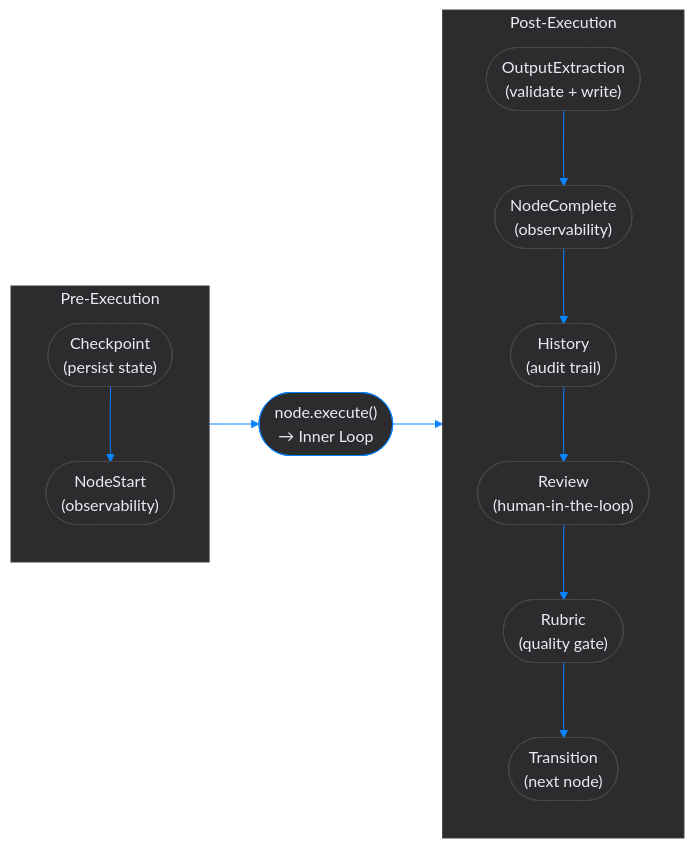
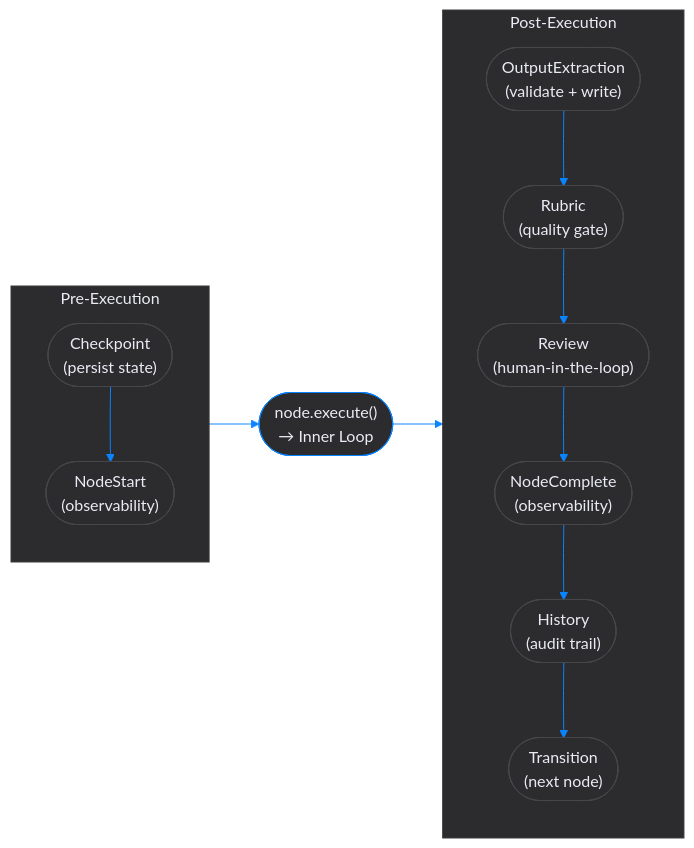
Before and after one commit to hensu-project/hensu: the fourth of 6 diagrams in docs/unified-architecture.md, drawn with Mermaid. The commit also changed other lines of this file and 117 other files, not shown here.

````diff
--- a/docs/unified-architecture.md
+++ b/docs/unified-architecture.md
@@ -479,34 +502,34 @@
 ```mermaid
 flowchart LR
     subgraph pre["Pre-Execution"]
         direction TB
         cp(["Checkpoint\n(persist state)"]) --> ns(["NodeStart\n(observability)"])
     end
 
     exec(["node.execute()\n→ Inner Loop"])
 
     subgraph post["Post-Execution"]
         direction TB
-        oe(["OutputExtraction\n(validate + write)"]) --> nc(["NodeComplete\n(observability)"])
+        oe(["OutputExtraction\n(validate + write)"]) --> rbp(["Rubric\n(quality gate)"])
+        rbp --> rp(["Review\n(human-in-the-loop)"])
+        rp --> nc(["NodeComplete\n(observability)"])
         nc --> hp(["History\n(audit trail)"])
-        hp --> rp(["Review\n(human-in-the-loop)"])
-        rp --> rbp(["Rubric\n(quality gate)"])
-        rbp --> tp(["Transition\n(next node)"])
+        hp --> tp(["Transition\n(next node)"])
     end
 
     pre --> exec --> post
 
     style pre fill:#2c2c2e, stroke:#3a3a3c, color:#ebebf5, stroke-width:1px
     style post fill:#2c2c2e, stroke:#3a3a3c, color:#ebebf5, stroke-width:1px
     style cp fill:#2c2c2e, stroke:#48484a, color:#ebebf5, stroke-width:1px
     style ns fill:#2c2c2e, stroke:#48484a, color:#ebebf5, stroke-width:1px
     style exec fill:#2c2c2e, stroke:#0A84FF, color:#ebebf5, stroke-width:1px
     style oe fill:#2c2c2e, stroke:#48484a, color:#ebebf5, stroke-width:1px
     style nc fill:#2c2c2e, stroke:#48484a, color:#ebebf5, stroke-width:1px
     style hp fill:#2c2c2e, stroke:#48484a, color:#ebebf5, stroke-width:1px
     style rp fill:#2c2c2e, stroke:#48484a, color:#ebebf5, stroke-width:1px
     style rbp fill:#2c2c2e, stroke:#48484a, color:#ebebf5, stroke-width:1px
     style tp fill:#2c2c2e, stroke:#48484a, color:#ebebf5, stroke-width:1px
 
     linkStyle default stroke:#0A84FF, stroke-width:1px
 ```
````
